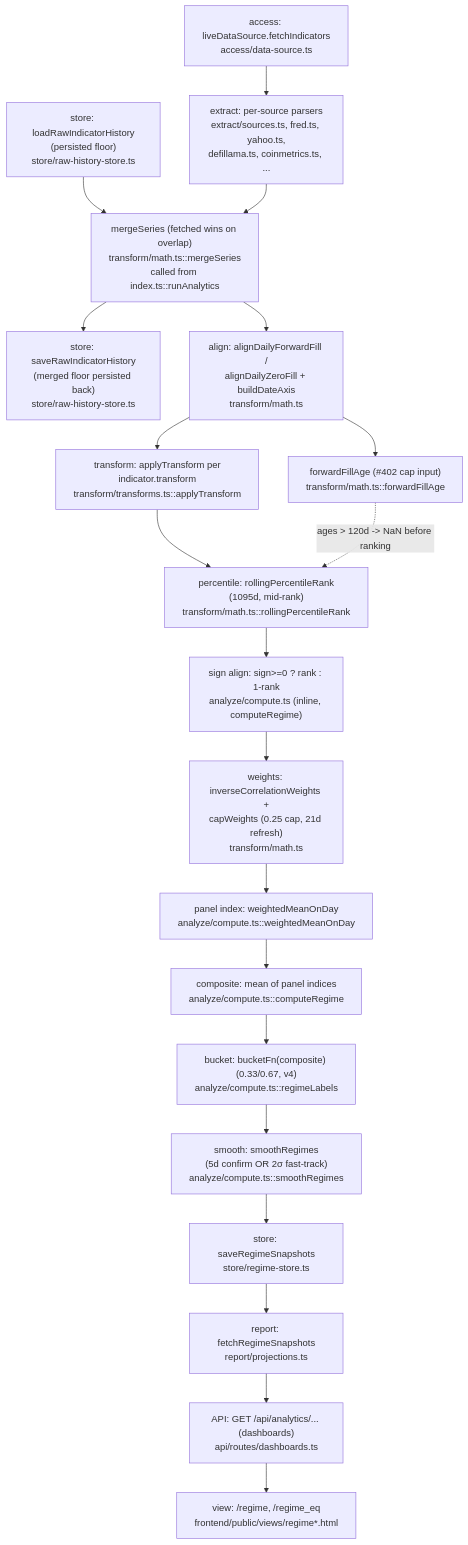
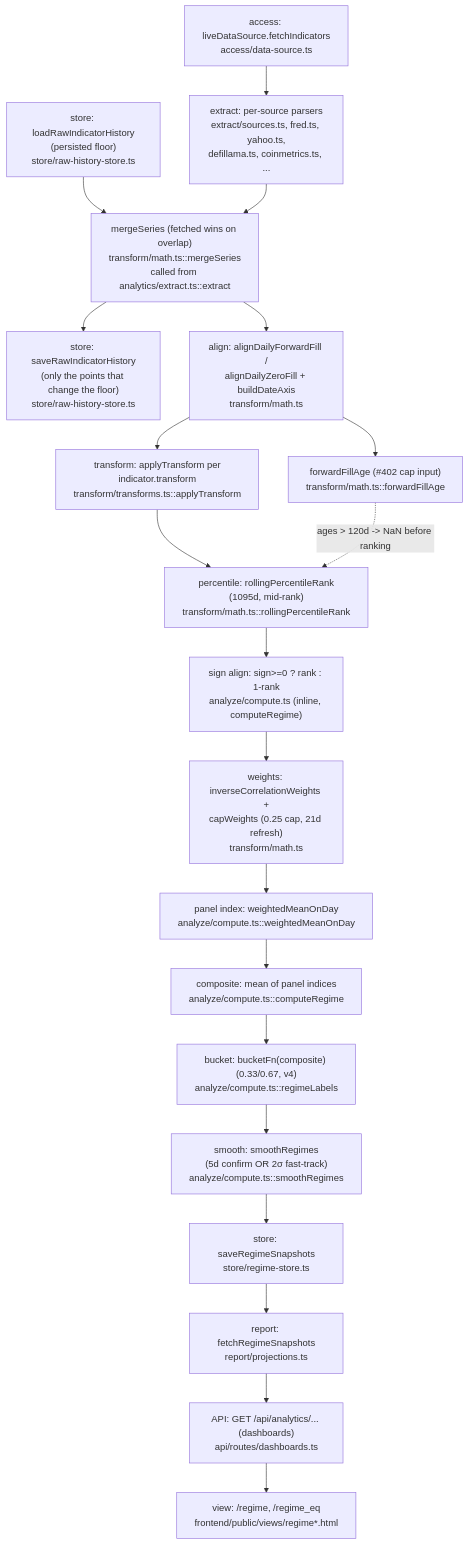
One commit to robotmoney/robotmoney-frontend changed the diagram in docs/technical/regime-engine.md. Above: the diagram before and after it, drawn with Mermaid. The commit also changed other lines of this file and 150 other files, not shown here.

First line of the commit message:
refactor(analytics): one regime engine driven by a model value, one replay path, extract once per tick, and smaller per-run storage (#1768)

````diff
--- a/docs/technical/regime-engine.md
+++ b/docs/technical/regime-engine.md
@@ -379,22 +393,22 @@
 ```mermaid
 flowchart TD
     A["access: liveDataSource.fetchIndicators\naccess/data-source.ts"] --> B["extract: per-source parsers\nextract/sources.ts, fred.ts, yahoo.ts,\ndefillama.ts, coinmetrics.ts, ..."]
     F["store: loadRawIndicatorHistory\n(persisted floor)\nstore/raw-history-store.ts"] --> M
-    B --> M["mergeSeries (fetched wins on overlap)\ntransform/math.ts::mergeSeries\ncalled from index.ts::runAnalytics"]
-    M --> G["store: saveRawIndicatorHistory\n(merged floor persisted back)\nstore/raw-history-store.ts"]
+    B --> M["mergeSeries (fetched wins on overlap)\ntransform/math.ts::mergeSeries\ncalled from analytics/extract.ts::extract"]
+    M --> G["store: saveRawIndicatorHistory\n(only the points that change the floor)\nstore/raw-history-store.ts"]
     M --> H["align: alignDailyForwardFill /\nalignDailyZeroFill + buildDateAxis\ntransform/math.ts"]
     H --> I["transform: applyTransform per\nindicator.transform\ntransform/transforms.ts::applyTransform"]
     H --> AGE["forwardFillAge (#402 cap input)\ntransform/math.ts::forwardFillAge"]
     I --> J["percentile: rollingPercentileRank\n(1095d, mid-rank)\ntransform/math.ts::rollingPercentileRank"]
     AGE -. "ages > 120d -> NaN before ranking" .-> J
     J --> K["sign align: sign>=0 ? rank : 1-rank\nanalyze/compute.ts (inline, computeRegime)"]
     K --> L["weights: inverseCorrelationWeights +\ncapWeights (0.25 cap, 21d refresh)\ntransform/math.ts"]
     L --> N["panel index: weightedMeanOnDay\nanalyze/compute.ts::weightedMeanOnDay"]
     N --> O["composite: mean of panel indices\nanalyze/compute.ts::computeRegime"]
     O --> P["bucket: bucketFn(composite) (0.33/0.67, v4)\nanalyze/compute.ts::regimeLabels"]
     P --> Q["smooth: smoothRegimes\n(5d confirm OR 2σ fast-track)\nanalyze/compute.ts::smoothRegimes"]
     Q --> R["store: saveRegimeSnapshots\nstore/regime-store.ts"]
     R --> S["report: fetchRegimeSnapshots\nreport/projections.ts"]
     S --> T["API: GET /api/analytics/... (dashboards)\napi/routes/dashboards.ts"]
     T --> U["view: /regime, /regime_eq\nfrontend/public/views/regime*.html"]
 ```
````
